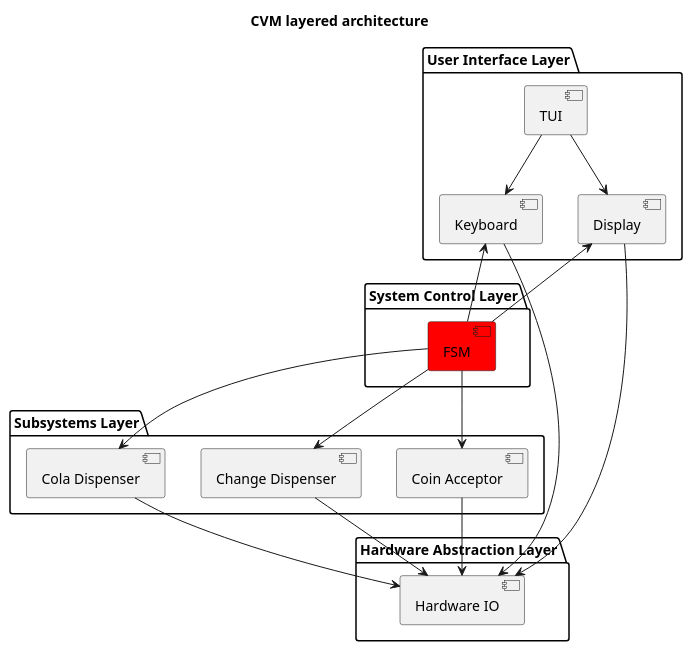
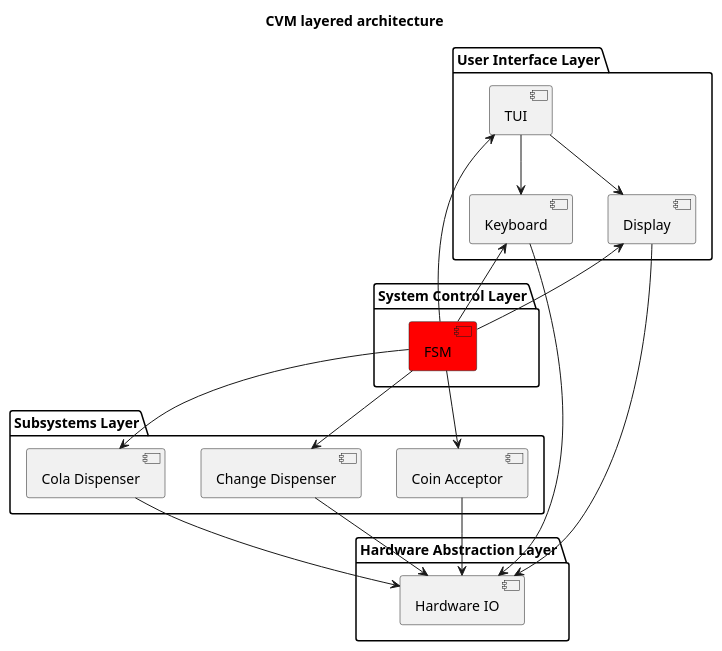
One commit to josokw/IntroductionC changed the diagram in ColaVendingMachine/CVM-5/uml/ColaVendingMachine-5-layer.puml. Above: the diagram before and after it, drawn with PlantUML. The commit also changed 4 other files, not shown here.

```diff
--- a/ColaVendingMachine/CVM-5/uml/ColaVendingMachine-5-layer.puml
+++ b/ColaVendingMachine/CVM-5/uml/ColaVendingMachine-5-layer.puml
@@ -1,38 +1,39 @@
 @startuml
 
 title CVM layered architecture
 
 package "User Interface Layer" {
     [Display]
     [Keyboard]
     [TUI]
 }
 
 package "System Control Layer" {
     [FSM] #red
 }
 
 package "Subsystems Layer" {
     [Cola Dispenser]
     [Coin Acceptor]
     [Change Dispenser]
 }
 
 package "Hardware Abstraction Layer" {
     [Hardware IO]
 }
 
 [FSM] -down-> [Coin Acceptor]
 [FSM] -down-> [Cola Dispenser]
 [FSM] -down-> [Change Dispenser]
 [FSM] -up-> [Display]
 [FSM] -up-> [Keyboard]
+[FSM] -up-> [TUI]
 [Coin Acceptor] --> [Hardware IO]
 [Cola Dispenser] --> [Hardware IO]
 [Change Dispenser] --> [Hardware IO]
 [TUI] -down-> [Keyboard]
 [TUI] -down-> [Display]
 [Display] --> [Hardware IO]
 [Keyboard] --> [Hardware IO]
 
 @enduml
```
